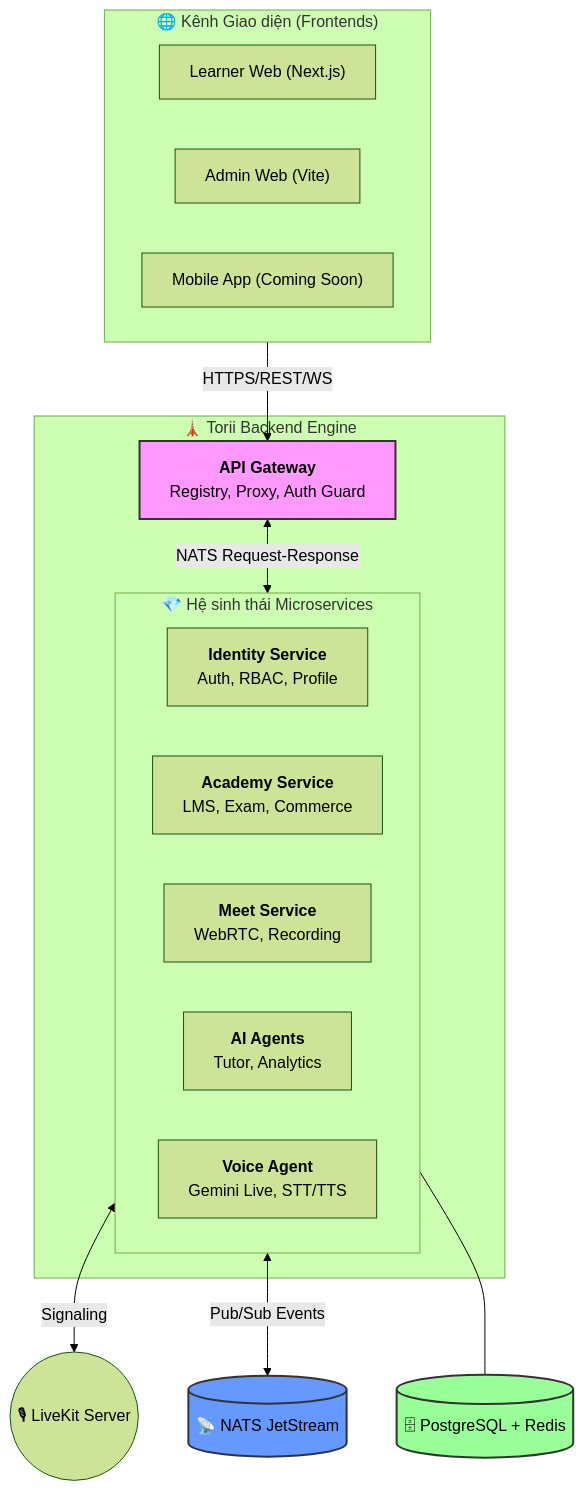
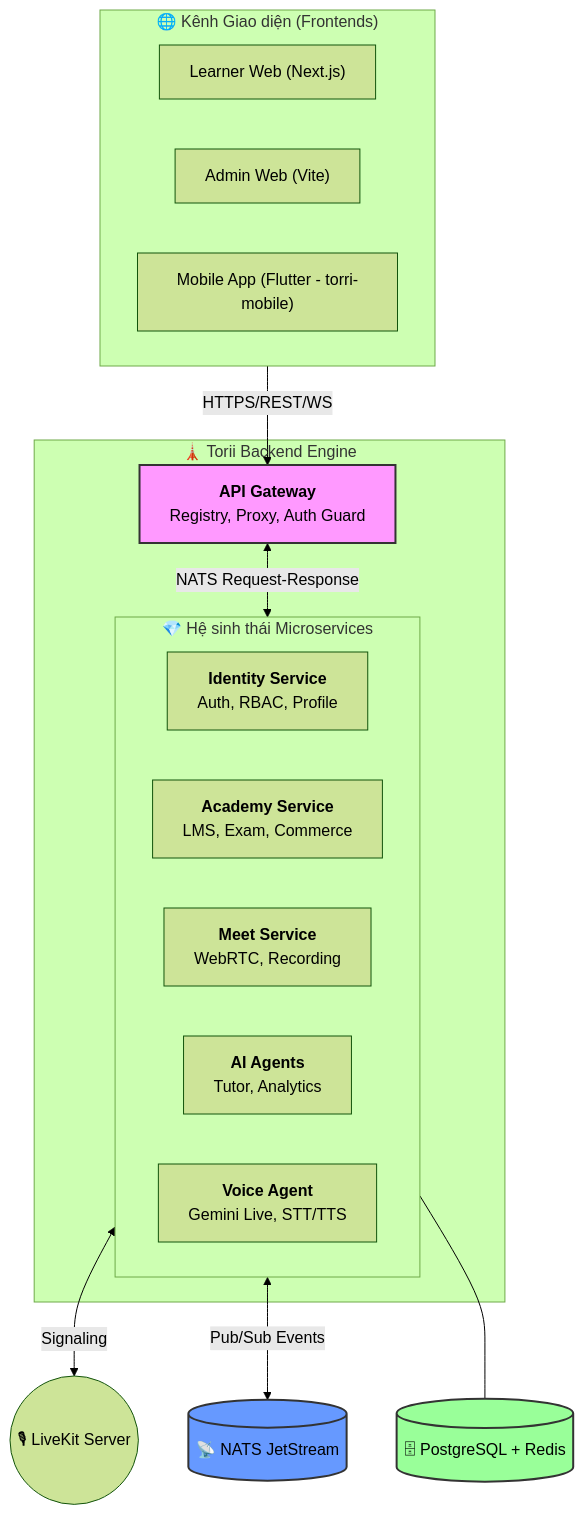
One commit to Lain4504/torii-monorepo changed the diagram in README.md. Above: the diagram before and after it, drawn with Mermaid (forest theme). The commit also changed 2 other files, not shown here.

Commit message:
feat: update Mobile App description and add Software Design Document

````diff
--- a/README.md
+++ b/README.md
@@ -29,33 +29,33 @@
 ```mermaid
 graph TB
     subgraph Clients ["🌐 Kênh Giao diện (Frontends)"]
         Learner["Learner Web (Next.js)"]
         Admin["Admin Web (Vite)"]
-        Mobile["Mobile App (Coming Soon)"]
+        Mobile["Mobile App (Flutter - torri-mobile)"]
     end
 
     Clients -->|HTTPS/REST/WS| Gateway
 
     subgraph Backend ["🗼 Torii Backend Engine"]
         Gateway["<b>API Gateway</b><br/>Registry, Proxy, Auth Guard"]
         
         subgraph Internal ["💎 Hệ sinh thái Microservices"]
             direction LR
             Identity["<b>Identity Service</b><br/>Auth, RBAC, Profile"]
             Academy["<b>Academy Service</b><br/>LMS, Exam, Commerce"]
             Meet["<b>Meet Service</b><br/>WebRTC, Recording"]
             Agents["<b>AI Agents</b><br/>Tutor, Analytics"]
             VoiceAgent["<b>Voice Agent</b><br/>Gemini Live, STT/TTS"]
         end
 
         Gateway <-->|NATS Request-Response| Internal
     end
 
     Internal <-->|Pub/Sub Events| NATS[("📡 NATS JetStream")]
     Meet <-->|Signaling| LiveKit(("🎙 LiveKit Server"))
     Internal --- DB[("🗄 PostgreSQL + Redis")]
     
     style Gateway fill:#f9f,stroke:#333,stroke-width:2px
     style NATS fill:#69f,stroke:#333,stroke-width:2px
     style DB fill:#9f9,stroke:#333,stroke-width:2px
 ```
````
